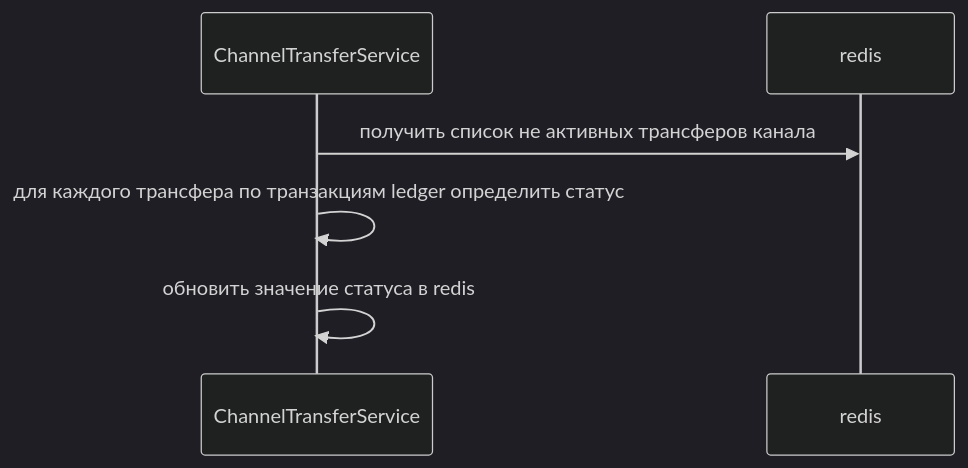
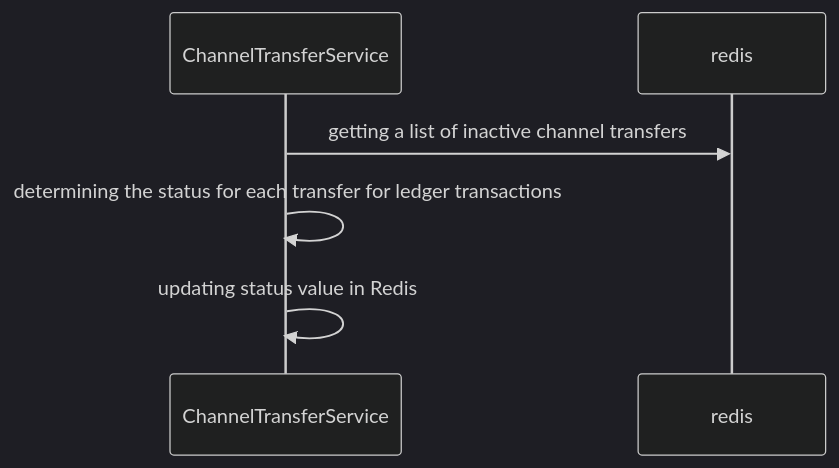
One commit to anoideaopen/channel-transfer changed the third of 11 diagrams in doc/channelTransferService.md. Above: the diagram before and after it, drawn with Mermaid (dark theme). The commit also changed other lines of this file and 71 other files, not shown here.

````diff
--- a/doc/channelTransferService.md
+++ b/doc/channelTransferService.md
@@ -37,7 +36,7 @@
 ```mermaid
 sequenceDiagram
-    ChannelTransferService ->> redis: получить список не активных трансферов канала
-    ChannelTransferService ->> ChannelTransferService: для каждого трансфера по транзакциям ledger определить статус
-    ChannelTransferService ->> ChannelTransferService: обновить значение статуса в redis
+    ChannelTransferService ->> redis: getting a list of inactive channel transfers
+    ChannelTransferService ->> ChannelTransferService: determining the status for each transfer for ledger transactions
+    ChannelTransferService ->> ChannelTransferService: updating status value in Redis
 
 ```
````
